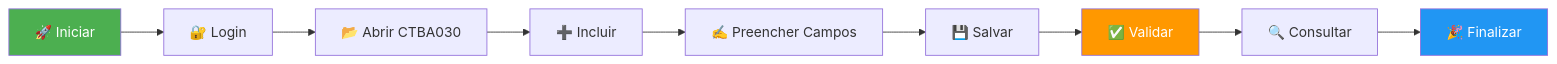
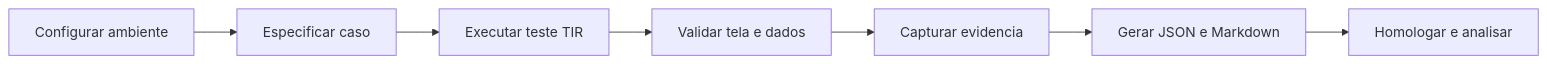
The diagram in README.md (valdeircesario/Teste_Tir_Protheus), drawn with Mermaid before and after one commit. The commit also changed other lines of this file and 209 other files, not shown here.

````diff
--- a/README.md
+++ b/README.md
@@ -218,15 +120,9 @@
 ```mermaid
-graph LR
-    A[🚀 Iniciar] --> B[🔐 Login]
-    B --> C[📂 Abrir CTBA030]
-    C --> D[➕ Incluir]
-    D --> E[✍️ Preencher Campos]
-    E --> F[💾 Salvar]
-    F --> G[✅ Validar]
-    G --> H[🔍 Consultar]
-    H --> I[🎉 Finalizar]
-    
-    style A fill:#4CAF50,color:#fff
-    style I fill:#2196F3,color:#fff
-    style G fill:#FF9800,color:#fff
+flowchart LR
+    A[Configurar ambiente] --> B[Especificar caso]
+    B --> C[Executar teste TIR]
+    C --> D[Validar tela e dados]
+    D --> E[Capturar evidencia]
+    E --> F[Gerar JSON e Markdown]
+    F --> G[Homologar e analisar]
 ```
````
